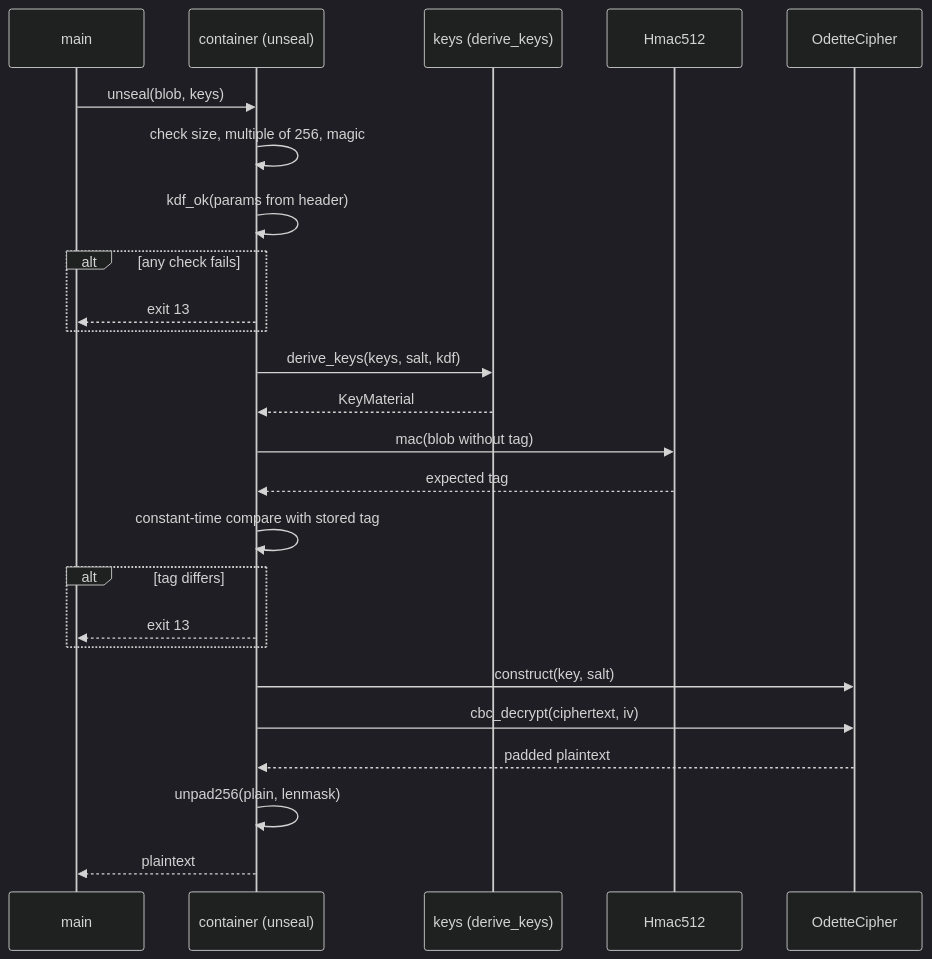
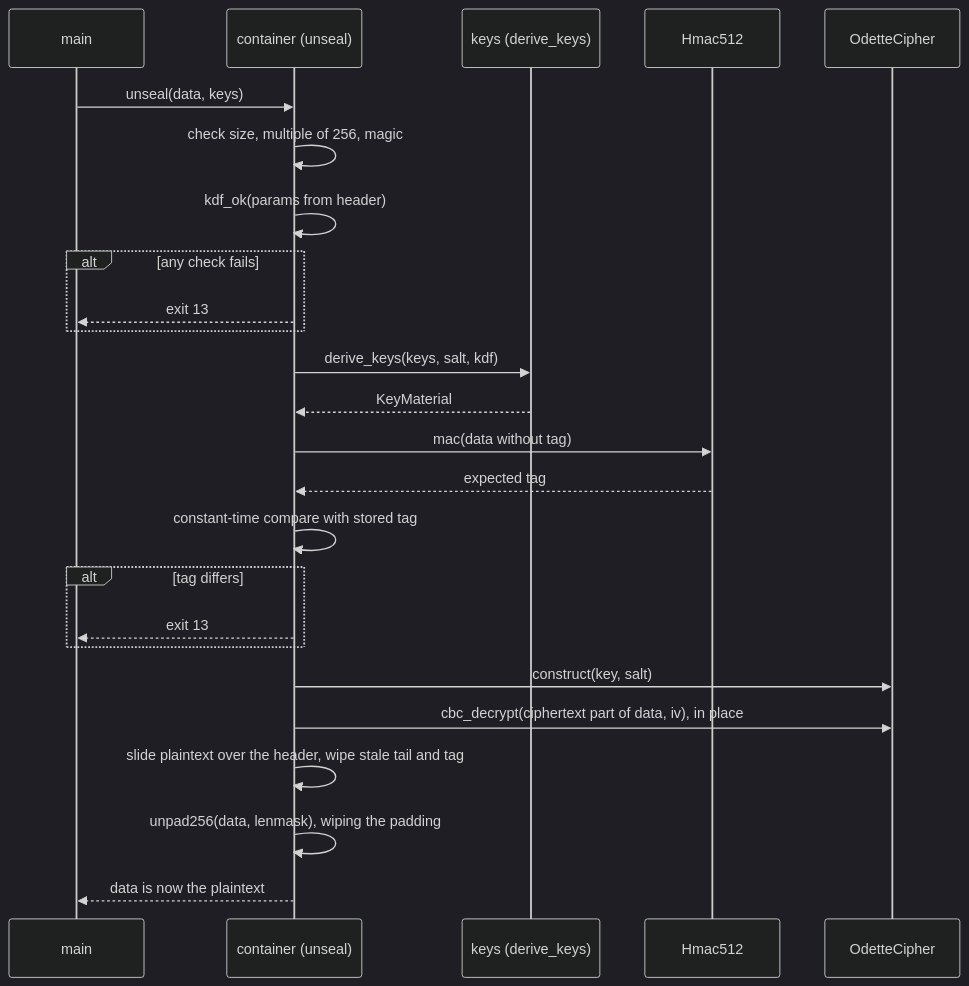
The fifth of 10 diagrams in STRUCTURE.md (avw1ein/sillydes), drawn with Mermaid (dark theme) before and after one commit. The commit also changed other lines of this file and 10 other files, not shown here.

````diff
--- a/STRUCTURE.md
+++ b/STRUCTURE.md
@@ -234,28 +235,28 @@
 ```mermaid
 sequenceDiagram
     participant M as main
     participant U as container (unseal)
     participant K as keys (derive_keys)
     participant H as Hmac512
     participant O as OdetteCipher
 
-    M->>U: unseal(blob, keys)
+    M->>U: unseal(data, keys)
     U->>U: check size, multiple of 256, magic
     U->>U: kdf_ok(params from header)
     alt any check fails
         U-->>M: exit 13
     end
     U->>K: derive_keys(keys, salt, kdf)
     K-->>U: KeyMaterial
-    U->>H: mac(blob without tag)
+    U->>H: mac(data without tag)
     H-->>U: expected tag
     U->>U: constant-time compare with stored tag
     alt tag differs
         U-->>M: exit 13
     end
     U->>O: construct(key, salt)
-    U->>O: cbc_decrypt(ciphertext, iv)
-    O-->>U: padded plaintext
-    U->>U: unpad256(plain, lenmask)
-    U-->>M: plaintext
+    U->>O: cbc_decrypt(ciphertext part of data, iv), in place
+    U->>U: slide plaintext over the header, wipe stale tail and tag
+    U->>U: unpad256(data, lenmask), wiping the padding
+    U-->>M: data is now the plaintext
 ```
````
